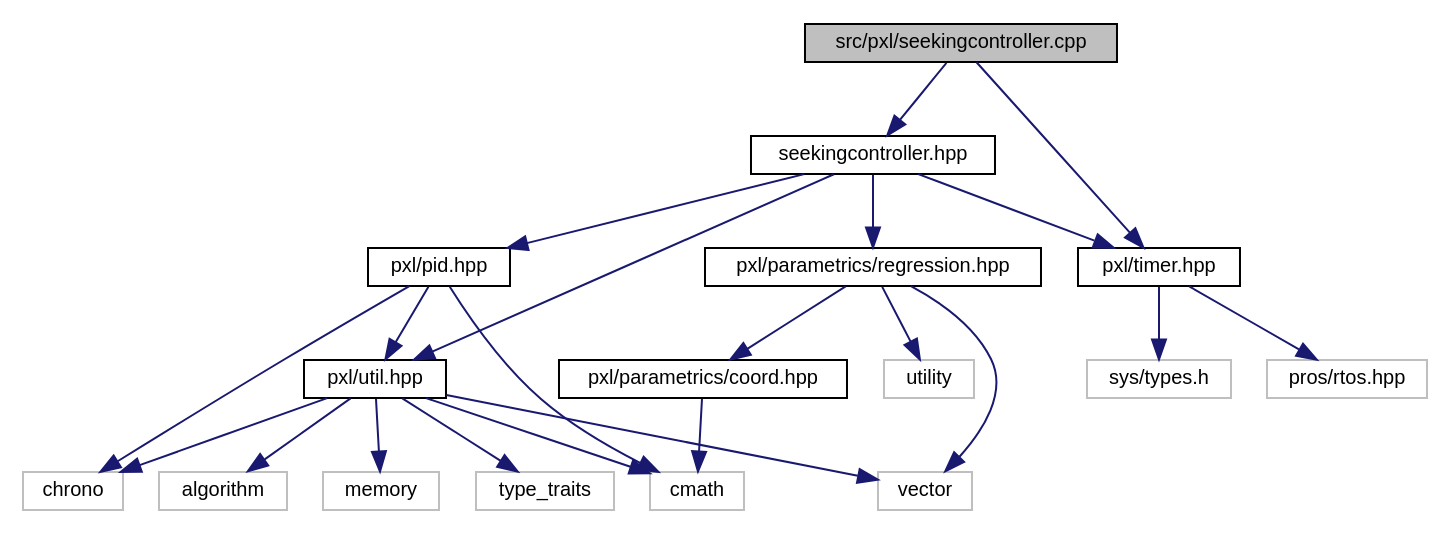
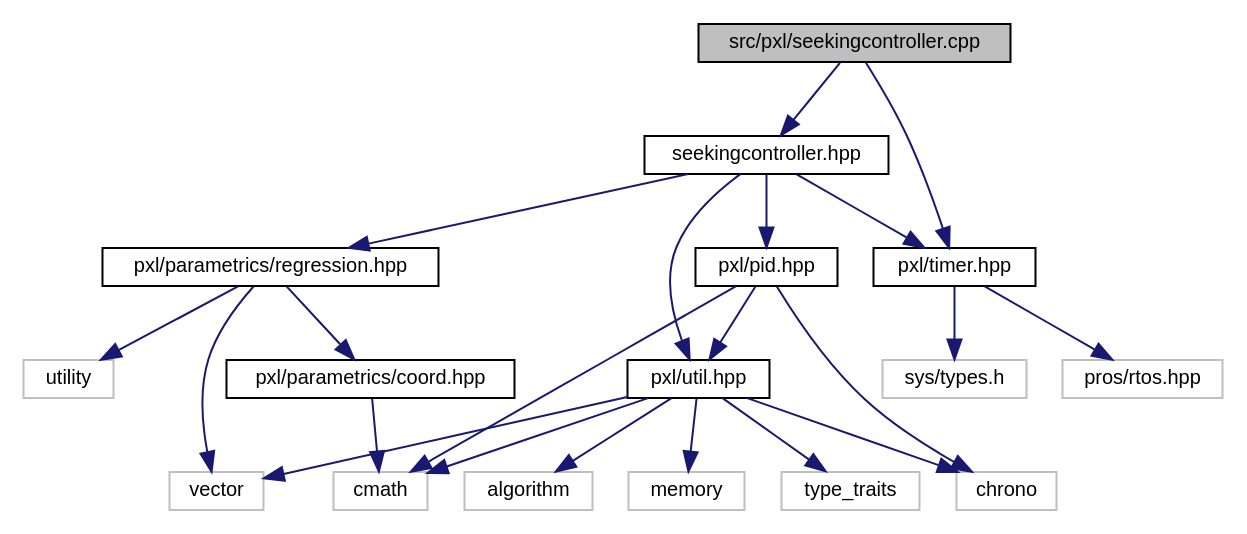
Before and after one commit to Pixel-Lib/Pixel: the diagram in seekingcontroller_8cpp__incl.dot, drawn with Graphviz. The commit also changed 136 other files, not shown here.

```diff
--- a/seekingcontroller_8cpp__incl.dot
+++ b/seekingcontroller_8cpp__incl.dot
@@ -1,43 +1,43 @@
 digraph "src/pxl/seekingcontroller.cpp"
 {
  // LATEX_PDF_SIZE
   edge [fontname="Helvetica",fontsize="10",labelfontname="Helvetica",labelfontsize="10"];
   node [fontname="Helvetica",fontsize="10",shape=record];
   Node1 [label="src/pxl/seekingcontroller.cpp",height=0.2,width=0.4,color="black", fillcolor="grey75", style="filled", fontcolor="black",tooltip=" "];
   Node1 -> Node2 [color="midnightblue",fontsize="10",style="solid",fontname="Helvetica"];
   Node2 [label="seekingcontroller.hpp",height=0.2,width=0.4,color="black", fillcolor="white", style="filled",URL="$seekingcontroller_8hpp.html",tooltip=" "];
   Node2 -> Node3 [color="midnightblue",fontsize="10",style="solid",fontname="Helvetica"];
   Node3 [label="pxl/parametrics/regression.hpp",height=0.2,width=0.4,color="black", fillcolor="white", style="filled",URL="$regression_8hpp.html",tooltip=" "];
   Node3 -> Node4 [color="midnightblue",fontsize="10",style="solid",fontname="Helvetica"];
-  Node4 [label="vector",height=0.2,width=0.4,color="grey75", fillcolor="white", style="filled",tooltip=" "];
+  Node4 [label="utility",height=0.2,width=0.4,color="grey75", fillcolor="white", style="filled",tooltip=" "];
   Node3 -> Node5 [color="midnightblue",fontsize="10",style="solid",fontname="Helvetica"];
-  Node5 [label="utility",height=0.2,width=0.4,color="grey75", fillcolor="white", style="filled",tooltip=" "];
+  Node5 [label="vector",height=0.2,width=0.4,color="grey75", fillcolor="white", style="filled",tooltip=" "];
   Node3 -> Node6 [color="midnightblue",fontsize="10",style="solid",fontname="Helvetica"];
   Node6 [label="pxl/parametrics/coord.hpp",height=0.2,width=0.4,color="black", fillcolor="white", style="filled",URL="$coord_8hpp.html",tooltip=" "];
   Node6 -> Node7 [color="midnightblue",fontsize="10",style="solid",fontname="Helvetica"];
   Node7 [label="cmath",height=0.2,width=0.4,color="grey75", fillcolor="white", style="filled",tooltip=" "];
   Node2 -> Node8 [color="midnightblue",fontsize="10",style="solid",fontname="Helvetica"];
   Node8 [label="pxl/pid.hpp",height=0.2,width=0.4,color="black", fillcolor="white", style="filled",URL="$pid_8hpp.html",tooltip=" "];
   Node8 -> Node9 [color="midnightblue",fontsize="10",style="solid",fontname="Helvetica"];
   Node9 [label="chrono",height=0.2,width=0.4,color="grey75", fillcolor="white", style="filled",tooltip=" "];
   Node8 -> Node7 [color="midnightblue",fontsize="10",style="solid",fontname="Helvetica"];
   Node8 -> Node10 [color="midnightblue",fontsize="10",style="solid",fontname="Helvetica"];
   Node10 [label="pxl/util.hpp",height=0.2,width=0.4,color="black", fillcolor="white", style="filled",URL="$util_8hpp.html",tooltip=" "];
   Node10 -> Node11 [color="midnightblue",fontsize="10",style="solid",fontname="Helvetica"];
   Node11 [label="algorithm",height=0.2,width=0.4,color="grey75", fillcolor="white", style="filled",tooltip=" "];
   Node10 -> Node9 [color="midnightblue",fontsize="10",style="solid",fontname="Helvetica"];
   Node10 -> Node7 [color="midnightblue",fontsize="10",style="solid",fontname="Helvetica"];
   Node10 -> Node12 [color="midnightblue",fontsize="10",style="solid",fontname="Helvetica"];
   Node12 [label="memory",height=0.2,width=0.4,color="grey75", fillcolor="white", style="filled",tooltip=" "];
   Node10 -> Node13 [color="midnightblue",fontsize="10",style="solid",fontname="Helvetica"];
   Node13 [label="type_traits",height=0.2,width=0.4,color="grey75", fillcolor="white", style="filled",tooltip=" "];
-  Node10 -> Node4 [color="midnightblue",fontsize="10",style="solid",fontname="Helvetica"];
+  Node10 -> Node5 [color="midnightblue",fontsize="10",style="solid",fontname="Helvetica"];
   Node2 -> Node14 [color="midnightblue",fontsize="10",style="solid",fontname="Helvetica"];
   Node14 [label="pxl/timer.hpp",height=0.2,width=0.4,color="black", fillcolor="white", style="filled",URL="$timer_8hpp.html",tooltip=" "];
   Node14 -> Node15 [color="midnightblue",fontsize="10",style="solid",fontname="Helvetica"];
   Node15 [label="sys/types.h",height=0.2,width=0.4,color="grey75", fillcolor="white", style="filled",tooltip=" "];
   Node14 -> Node16 [color="midnightblue",fontsize="10",style="solid",fontname="Helvetica"];
   Node16 [label="pros/rtos.hpp",height=0.2,width=0.4,color="grey75", fillcolor="white", style="filled",tooltip=" "];
   Node2 -> Node10 [color="midnightblue",fontsize="10",style="solid",fontname="Helvetica"];
   Node1 -> Node14 [color="midnightblue",fontsize="10",style="solid",fontname="Helvetica"];
 }
```
